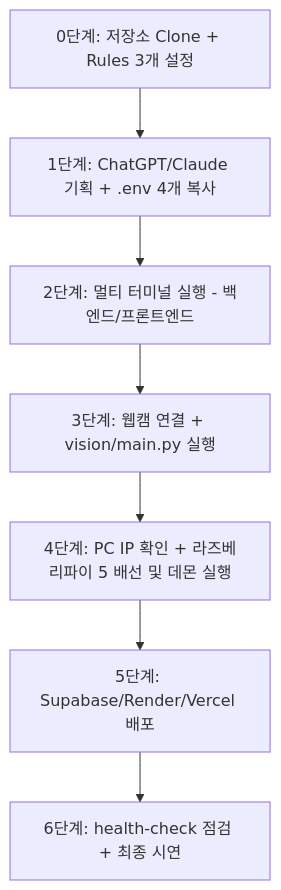
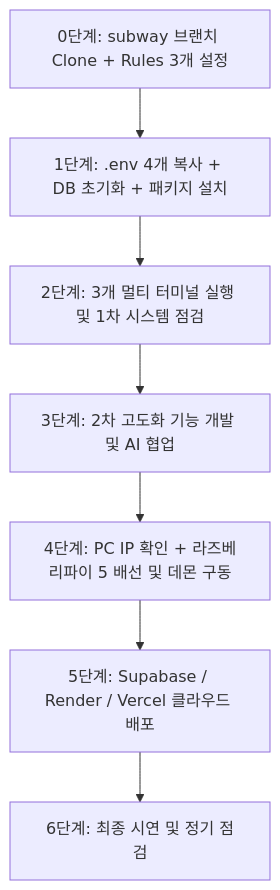
One commit to meister-info-2026/05-smart-subway changed the diagram in docs/02-학생-수작업-로드맵.md. Above: the diagram before and after it, drawn with Mermaid. The commit also changed other lines of this file and 10 other files, not shown here.

````diff
--- a/docs/02-학생-수작업-로드맵.md
+++ b/docs/02-학생-수작업-로드맵.md
@@ -10,9 +8,9 @@
 ```mermaid
 flowchart TD
-    A[0단계: 저장소 Clone + Rules 3개 설정] --> B[1단계: ChatGPT/Claude 기획 + .env 4개 복사]
-    B --> C[2단계: 멀티 터미널 실행 - 백엔드/프론트엔드]
-    C --> D[3단계: 웹캠 연결 + vision/main.py 실행]
-    D --> E[4단계: PC IP 확인 + 라즈베리파이 5 배선 및 데몬 실행]
-    E --> F[5단계: Supabase/Render/Vercel 배포]
-    F --> G[6단계: health-check 점검 + 최종 시연]
+    A[0단계: subway 브랜치 Clone + Rules 3개 설정] --> B[1단계: .env 4개 복사 + DB 초기화 + 패키지 설치]
+    B --> C[2단계: 3개 멀티 터미널 실행 및 1차 시스템 점검]
+    C --> D[3단계: 2차 고도화 기능 개발 및 AI 협업]
+    D --> E[4단계: PC IP 확인 + 라즈베리파이 5 배선 및 데몬 구동]
+    E --> F[5단계: Supabase / Render / Vercel 클라우드 배포]
+    F --> G[6단계: 최종 시연 및 정기 점검]
 ```
````
